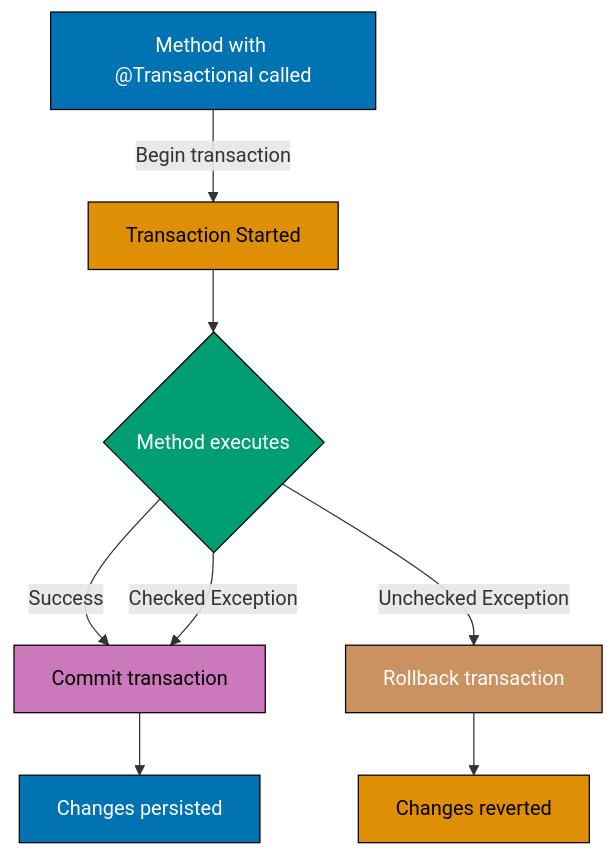
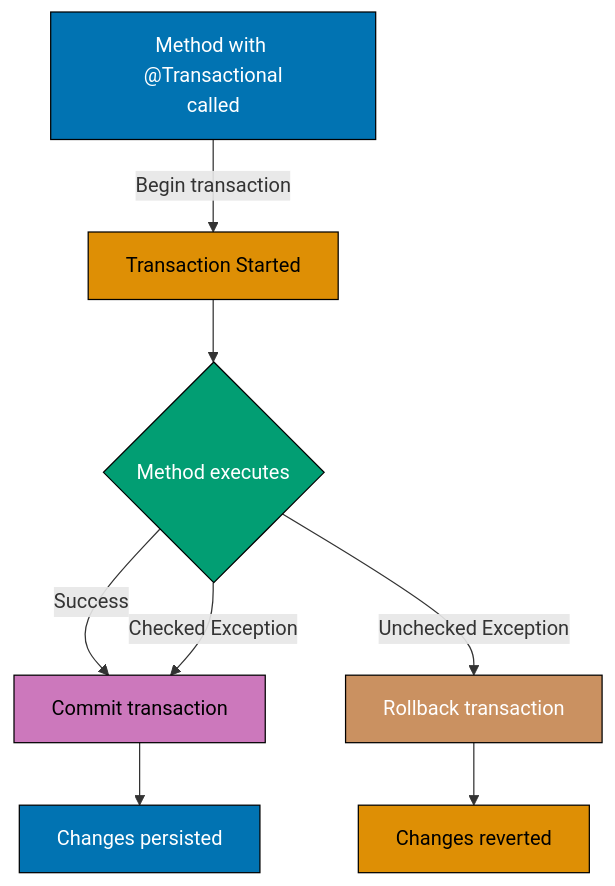
Before and after one commit to wahidyankf/baseerah: the sixth of 13 diagrams in apps/ayokoding-web/content/en/learn/software-engineering/platforms/web/tools/jvm-spring/by-example/intermediate.md, drawn with Mermaid. The commit also changed other lines of this file and 17 other files, not shown here.

First line of the commit message:
fix(ci): scope pre-push mermaid check to governance + docs dirs

````diff
--- a/apps/ayokoding-web/content/en/learn/software-engineering/platforms/web/tools/jvm-spring/by-example/intermediate.md
+++ b/apps/ayokoding-web/content/en/learn/software-engineering/platforms/web/tools/jvm-spring/by-example/intermediate.md
@@ -1733,18 +1733,18 @@
 ```mermaid
 graph TD
-    A[Method with @Transactional called] -->|Begin transaction| B[Transaction Started]
+    A[Method with @Transactional<br/>called] -->|Begin transaction| B[Transaction Started]
     B --> C{Method executes}
     C -->|Success| D[Commit transaction]
     C -->|Unchecked Exception| E[Rollback transaction]
     C -->|Checked Exception| D
     D --> F[Changes persisted]
     E --> G[Changes reverted]
 
     style A fill:#0173B2,stroke:#000,color:#fff
     style B fill:#DE8F05,stroke:#000,color:#000
     style C fill:#029E73,stroke:#000,color:#fff
     style D fill:#CC78BC,stroke:#000,color:#000
     style E fill:#CA9161,stroke:#000,color:#fff
     style F fill:#0173B2,stroke:#000,color:#fff
     style G fill:#DE8F05,stroke:#000,color:#000
 ```
````
